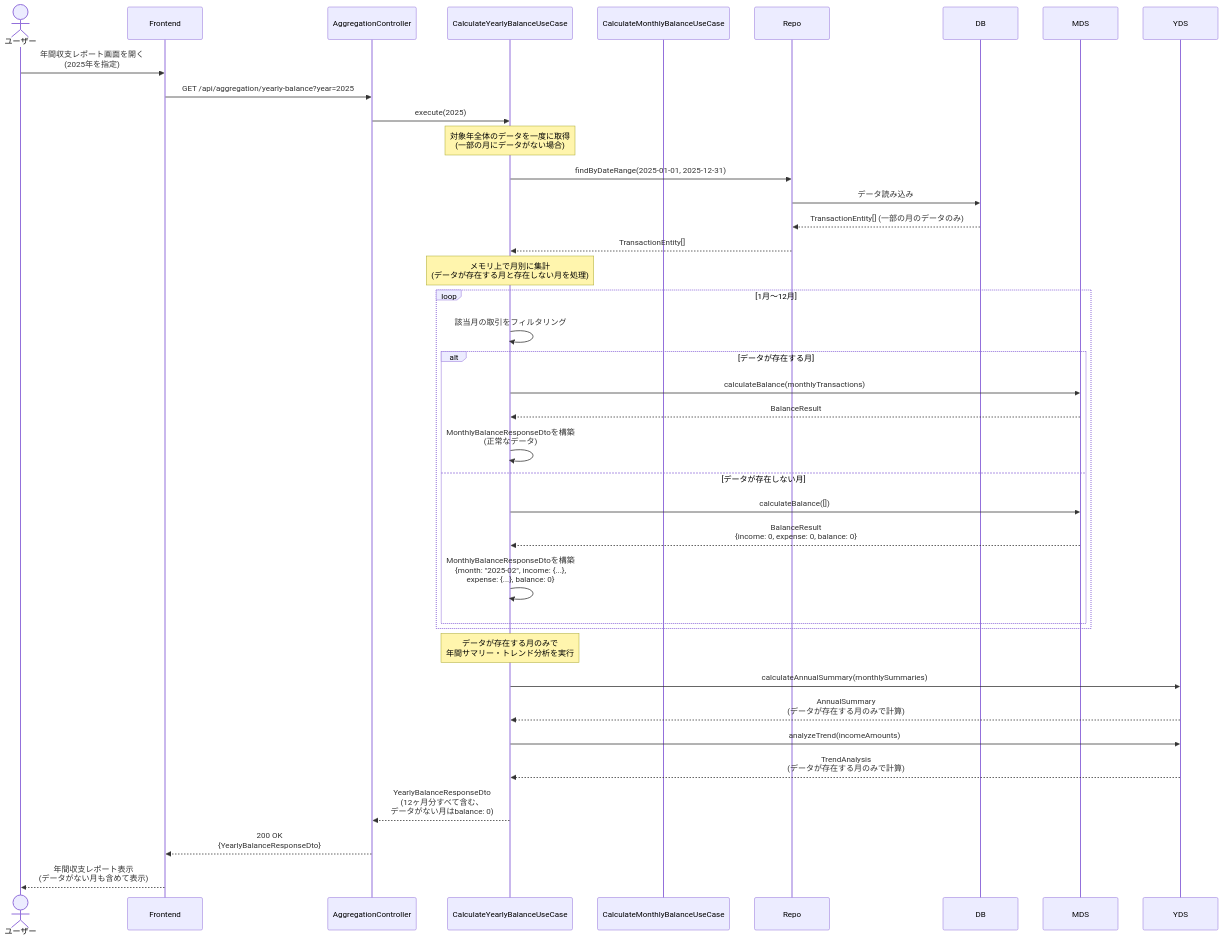
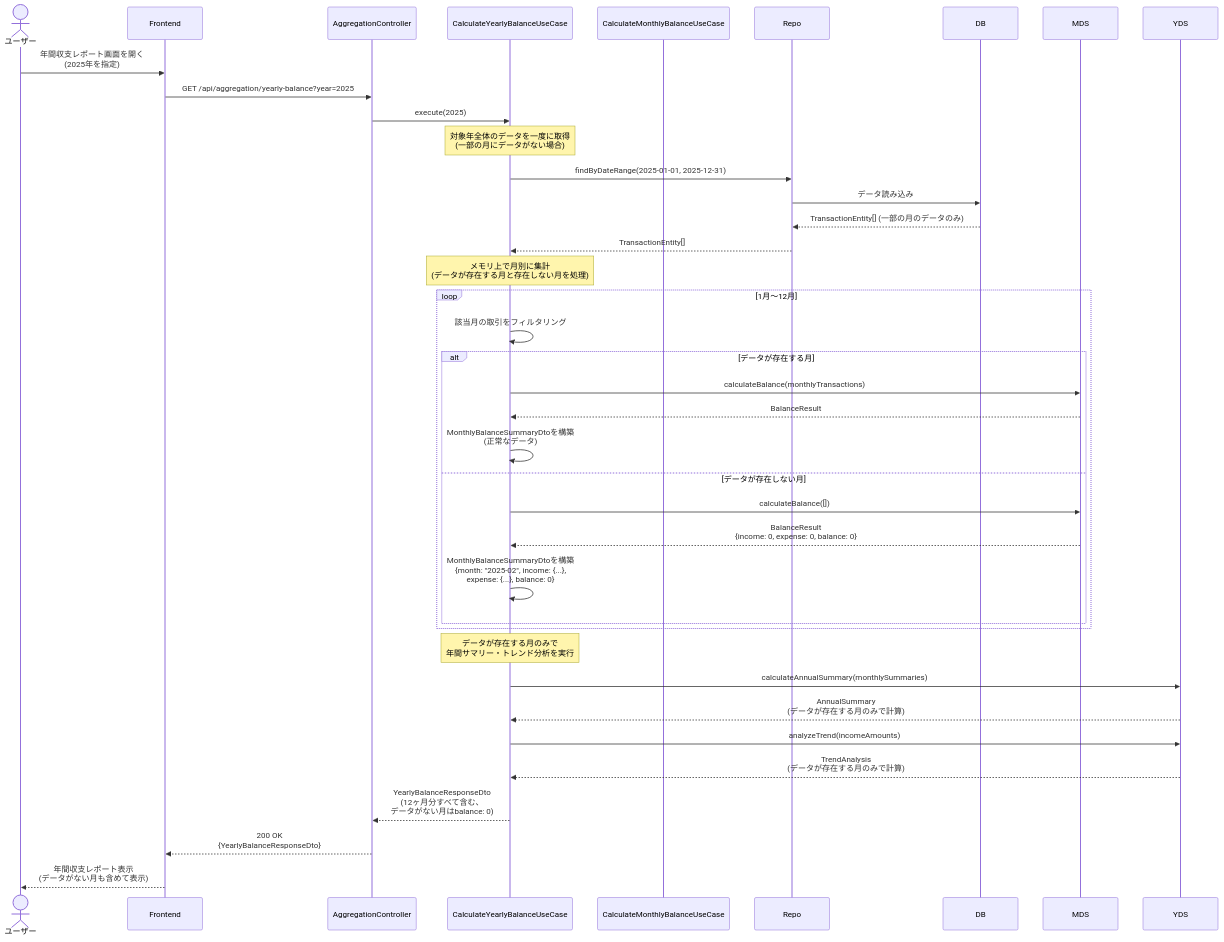
The third of 5 diagrams in docs/detailed-design/FR-020_yearly-balance-aggregation/sequence-diagrams.md (kencom2400/account-book), drawn with Mermaid before and after one commit. The commit also changed other lines of this file, not shown here.

Commit message:
docs: sequence-diagrams.mdのMonthlyBalanceResponseDtoをすべてMonthlyBalanceSummaryDtoに修正
シーケンス図内のすべてのMonthlyBalanceResponseDtoをMonthlyBalanceSummaryDtoに統一

````diff
--- a/docs/detailed-design/FR-020_yearly-balance-aggregation/sequence-diagrams.md
+++ b/docs/detailed-design/FR-020_yearly-balance-aggregation/sequence-diagrams.md
@@ -178,45 +178,45 @@
 ```mermaid
 sequenceDiagram
     actor User as ユーザー
     participant FE as Frontend
     participant API as AggregationController
     participant UC as CalculateYearlyBalanceUseCase
     participant MonthlyUC as CalculateMonthlyBalanceUseCase
 
     User->>FE: 年間収支レポート画面を開く<br/>(2025年を指定)
     FE->>API: GET /api/aggregation/yearly-balance?year=2025
 
     API->>UC: execute(2025)
 
     Note over UC: 対象年全体のデータを一度に取得<br/>(一部の月にデータがない場合)
     UC->>Repo: findByDateRange(2025-01-01, 2025-12-31)
     Repo->>DB: データ読み込み
     DB-->>Repo: TransactionEntity[] (一部の月のデータのみ)
     Repo-->>UC: TransactionEntity[]
 
     Note over UC: メモリ上で月別に集計<br/>(データが存在する月と存在しない月を処理)
     loop 1月〜12月
         UC->>UC: 該当月の取引をフィルタリング
         alt データが存在する月
             UC->>MDS: calculateBalance(monthlyTransactions)
             MDS-->>UC: BalanceResult
-            UC->>UC: MonthlyBalanceResponseDtoを構築<br/>(正常なデータ)
+            UC->>UC: MonthlyBalanceSummaryDtoを構築<br/>(正常なデータ)
         else データが存在しない月
             UC->>MDS: calculateBalance([])
             MDS-->>UC: BalanceResult<br/>{income: 0, expense: 0, balance: 0}
-            UC->>UC: MonthlyBalanceResponseDtoを構築<br/>{month: "2025-02", income: {...},<br/>expense: {...}, balance: 0}
+            UC->>UC: MonthlyBalanceSummaryDtoを構築<br/>{month: "2025-02", income: {...},<br/>expense: {...}, balance: 0}
         end
     end
 
     Note over UC: データが存在する月のみで<br/>年間サマリー・トレンド分析を実行
     UC->>YDS: calculateAnnualSummary(monthlySummaries)
     YDS-->>UC: AnnualSummary<br/>(データが存在する月のみで計算)
 
     UC->>YDS: analyzeTrend(incomeAmounts)
     YDS-->>UC: TrendAnalysis<br/>(データが存在する月のみで計算)
 
     UC-->>API: YearlyBalanceResponseDto<br/>(12ヶ月分すべて含む、<br/>データがない月はbalance: 0)
 
     API-->>FE: 200 OK<br/>{YearlyBalanceResponseDto}
     FE-->>User: 年間収支レポート表示<br/>(データがない月も含めて表示)
 ```
````
